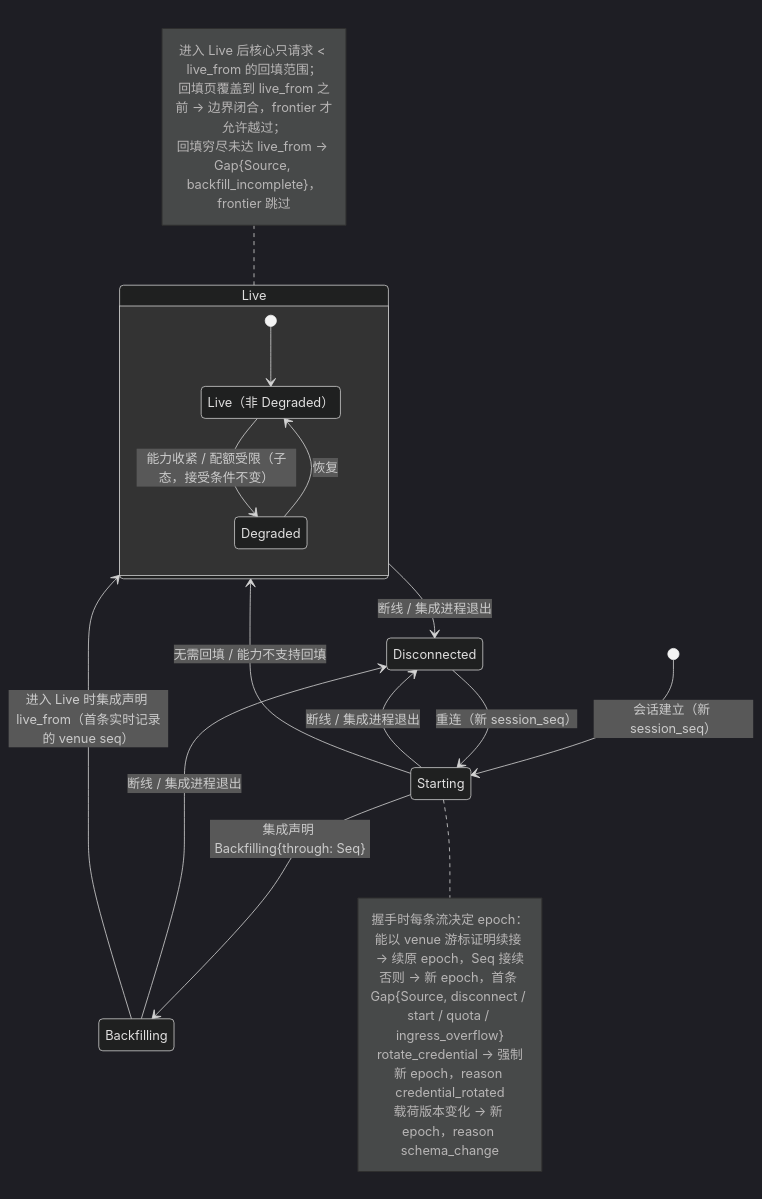
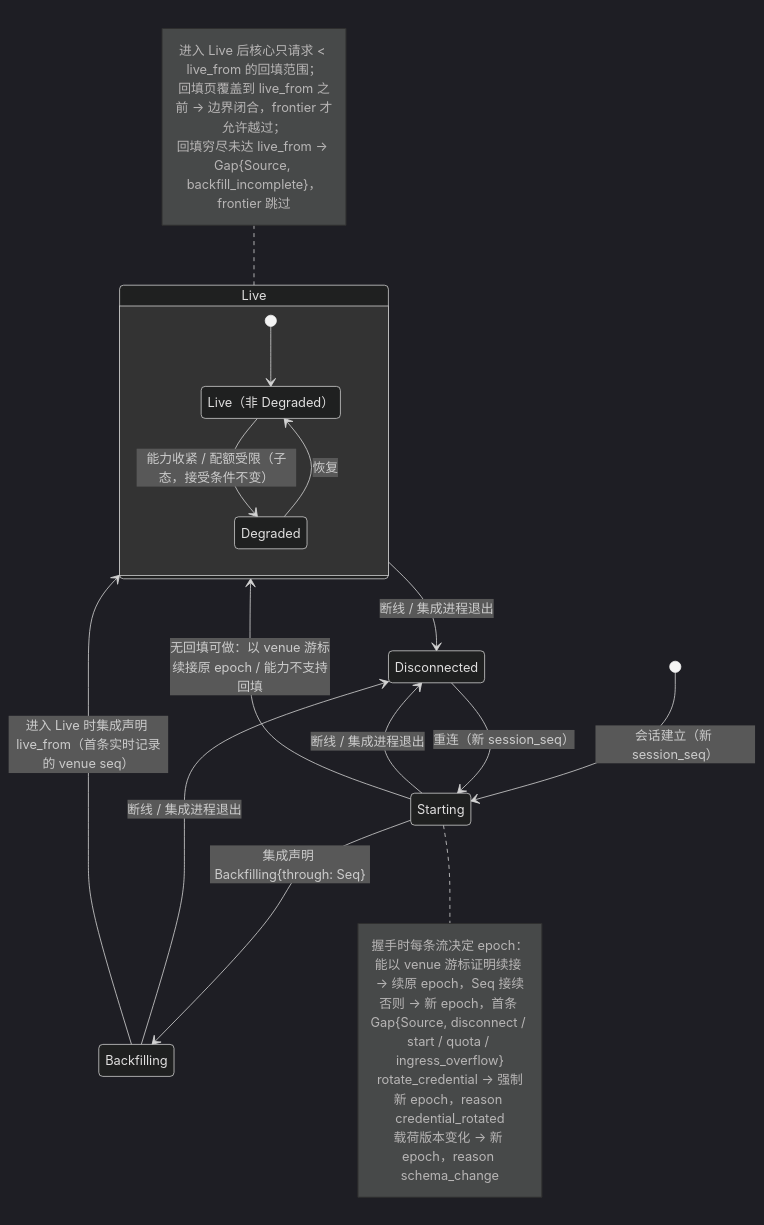
Before and after one commit to mouriya-s-lab/uta: the second of 5 diagrams in design/diagrams/03-observation-ingest.md, drawn with Mermaid (dark theme). The commit also changed other lines of this file and 24 other files, not shown here.

````diff
--- a/design/diagrams/03-observation-ingest.md
+++ b/design/diagrams/03-observation-ingest.md
@@ -51,29 +51,29 @@
 ```mermaid
 stateDiagram-v2
   state "Live（非 Degraded）" as LN
   [*] --> Starting : 会话建立（新 session_seq）
   Starting --> Backfilling : 集成声明 Backfilling{through: Seq}
-  Starting --> Live : 无需回填 / 能力不支持回填
+  Starting --> Live : 无回填可做：以 venue 游标续接原 epoch / 能力不支持回填
   Backfilling --> Live : 进入 Live 时集成声明 live_from（首条实时记录的 venue seq）
   state Live {
     [*] --> LN
     LN --> Degraded : 能力收紧 / 配额受限（子态，接受条件不变）
     Degraded --> LN : 恢复
   }
   note left of Live
     进入 Live 后核心只请求 < live_from 的回填范围；
     回填页覆盖到 live_from 之前 → 边界闭合，frontier 才允许越过；
     回填穷尽未达 live_from → Gap{Source, backfill_incomplete}，frontier 跳过
   end note
   Starting --> Disconnected : 断线 / 集成进程退出
   Backfilling --> Disconnected : 断线 / 集成进程退出
   Live --> Disconnected : 断线 / 集成进程退出
   Disconnected --> Starting : 重连（新 session_seq）
   note right of Starting
     握手时每条流决定 epoch：
     能以 venue 游标证明续接 → 续原 epoch，Seq 接续
     否则 → 新 epoch，首条 Gap{Source, disconnect / start / quota / ingress_overflow}
     rotate_credential → 强制新 epoch，reason credential_rotated
     载荷版本变化 → 新 epoch，reason schema_change
   end note
 ```
````
